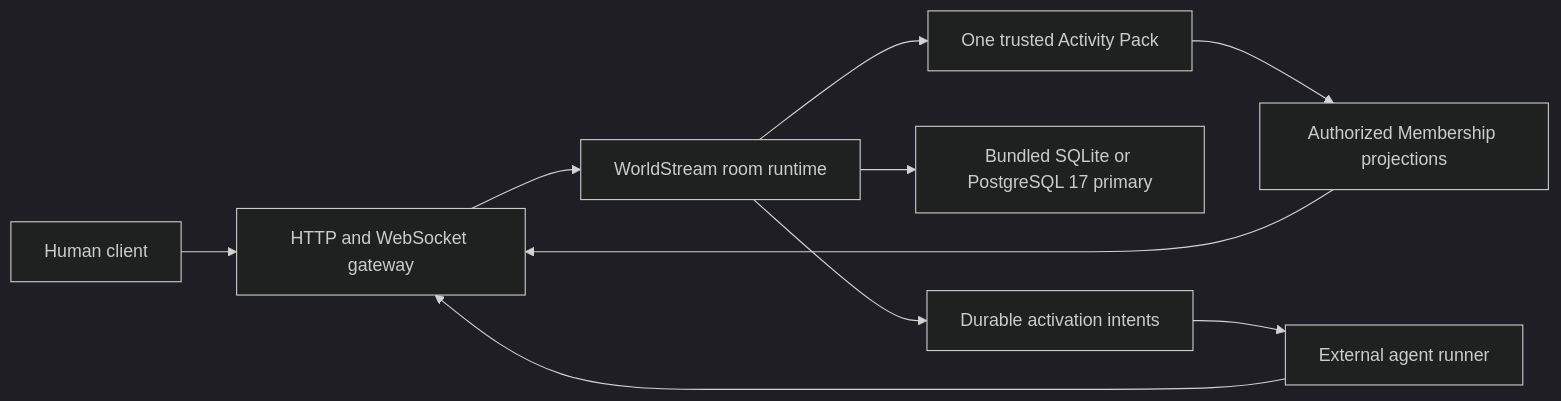
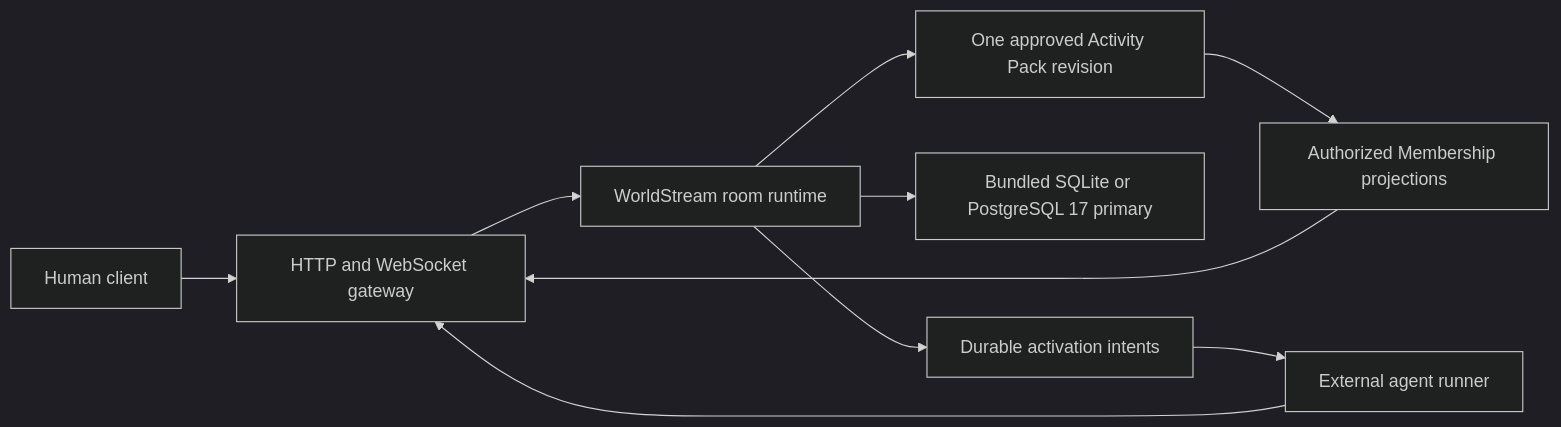
The diagram in README.md (imom39a/worldstream), drawn with Mermaid (dark theme) before and after one commit. The commit also changed other lines of this file and 220 other files, not shown here.

First line of the commit message:
feat: build installable Activity Pack ecosystem

```diff
--- a/README.md
+++ b/README.md
@@ -17,12 +17,12 @@
 ~~~mermaid
 flowchart LR
     H["Human client"] --> G["HTTP and WebSocket gateway"]
     R["External agent runner"] --> G
     G --> W["WorldStream room runtime"]
-    W --> P["One trusted Activity Pack"]
+    W --> P["One approved Activity Pack revision"]
     W --> D["Bundled SQLite or PostgreSQL 17 primary"]
     P --> O["Authorized Membership projections"]
     O --> G
     W --> A["Durable activation intents"]
     A --> R
 ~~~
```
